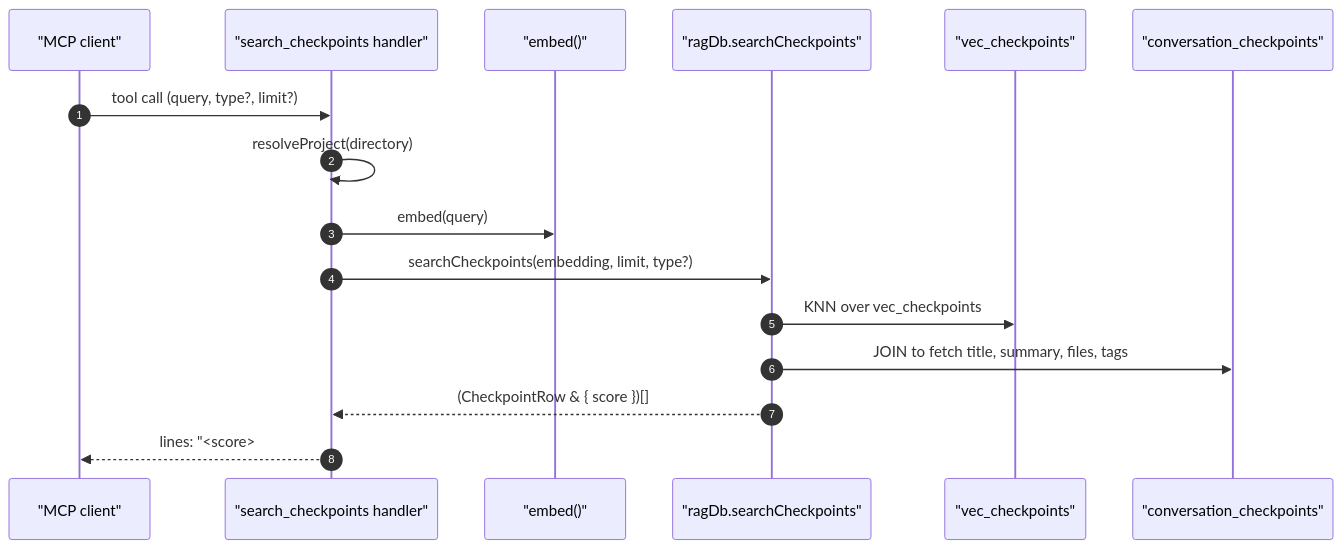
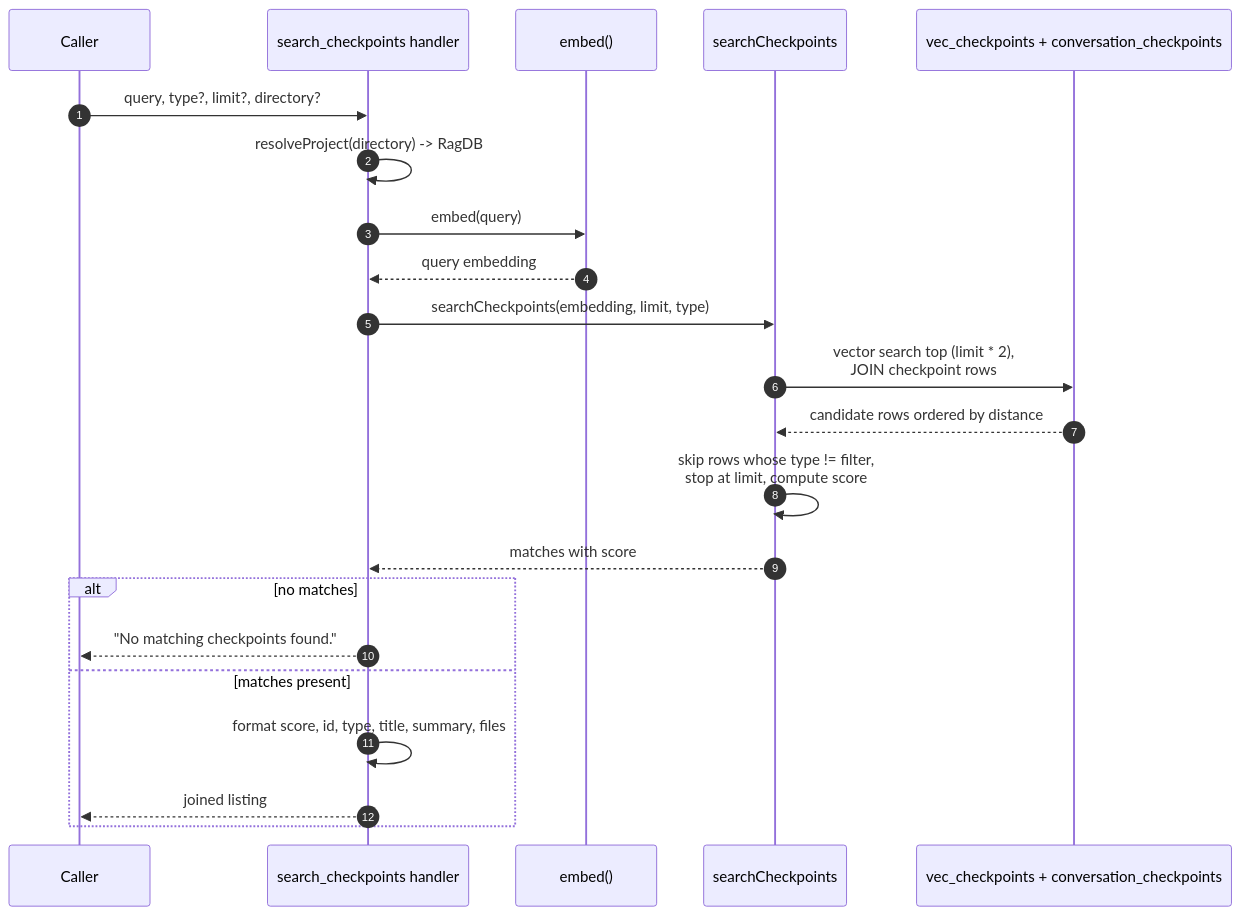
One commit to TheWinci/mimirs changed the diagram in wiki/tools/search-checkpoints.md. Above: the diagram before and after it, drawn with Mermaid. The commit also changed other lines of this file and 52 other files, not shown here.

````diff
--- a/wiki/tools/search-checkpoints.md
+++ b/wiki/tools/search-checkpoints.md
@@ -16,19 +9,25 @@
 ```mermaid
 sequenceDiagram
-    autonumber
-    participant Client as "MCP client"
-    participant Handler as "search_checkpoints handler"
-    participant Emb as "embed()"
-    participant DB as "ragDb.searchCheckpoints"
-    participant Vec as "vec_checkpoints"
-    participant Cp as "conversation_checkpoints"
+  autonumber
+  participant Caller
+  participant Tool as search_checkpoints handler
+  participant Embed as embed()
+  participant DB as searchCheckpoints
+  participant SQLite as vec_checkpoints + conversation_checkpoints
 
-    Client->>Handler: tool call (query, type?, limit?)
-    Handler->>Handler: resolveProject(directory)
-    Handler->>Emb: embed(query)
-    Handler->>DB: searchCheckpoints(embedding, limit, type?)
-    DB->>Vec: KNN over vec_checkpoints
-    DB->>Cp: JOIN to fetch title, summary, files, tags
-    DB-->>Handler: (CheckpointRow & { score })[]
-    Handler-->>Client: lines: "<score>  #id [type] title / summary / Files: ..."
+  Caller->>Tool: query, type?, limit?, directory?
+  Tool->>Tool: resolveProject(directory) -> RagDB
+  Tool->>Embed: embed(query)
+  Embed-->>Tool: query embedding
+  Tool->>DB: searchCheckpoints(embedding, limit, type)
+  DB->>SQLite: vector search top (limit * 2),<br>JOIN checkpoint rows
+  SQLite-->>DB: candidate rows ordered by distance
+  DB->>DB: skip rows whose type != filter,<br>stop at limit, compute score
+  DB-->>Tool: matches with score
+  alt no matches
+    Tool-->>Caller: "No matching checkpoints found."
+  else matches present
+    Tool->>Tool: format score, id, type, title, summary, files
+    Tool-->>Caller: joined listing
+  end
 ```
````
